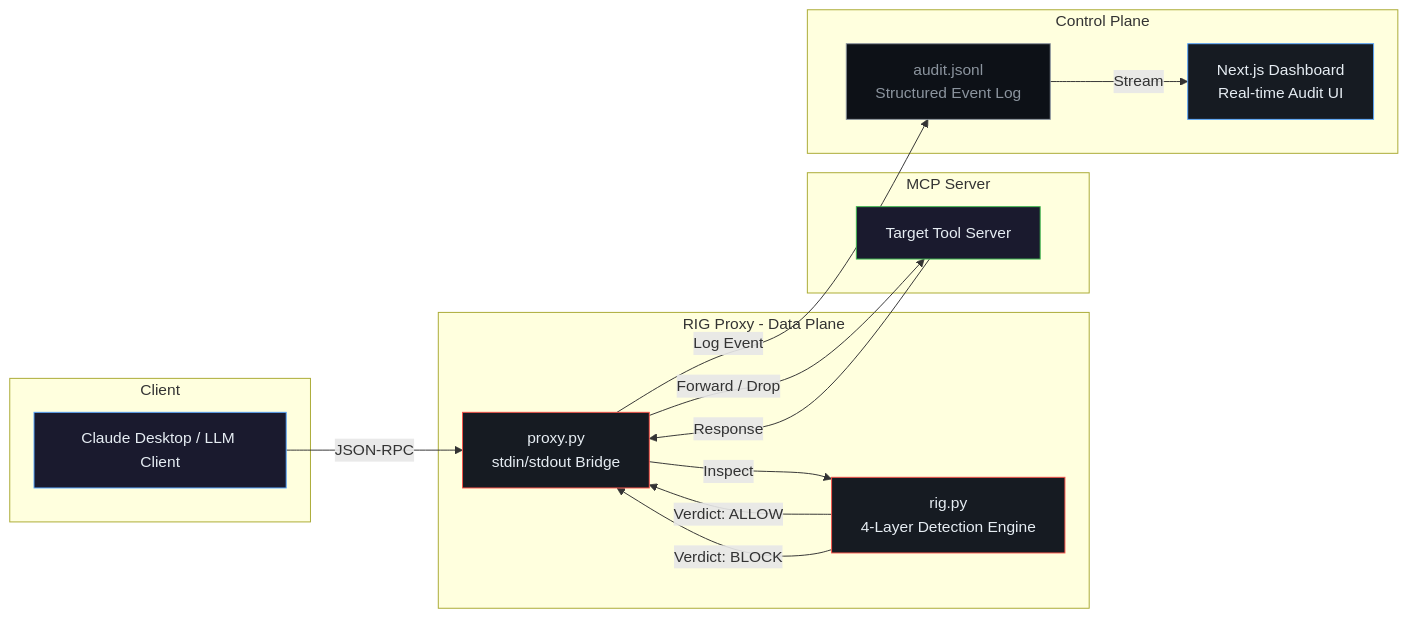
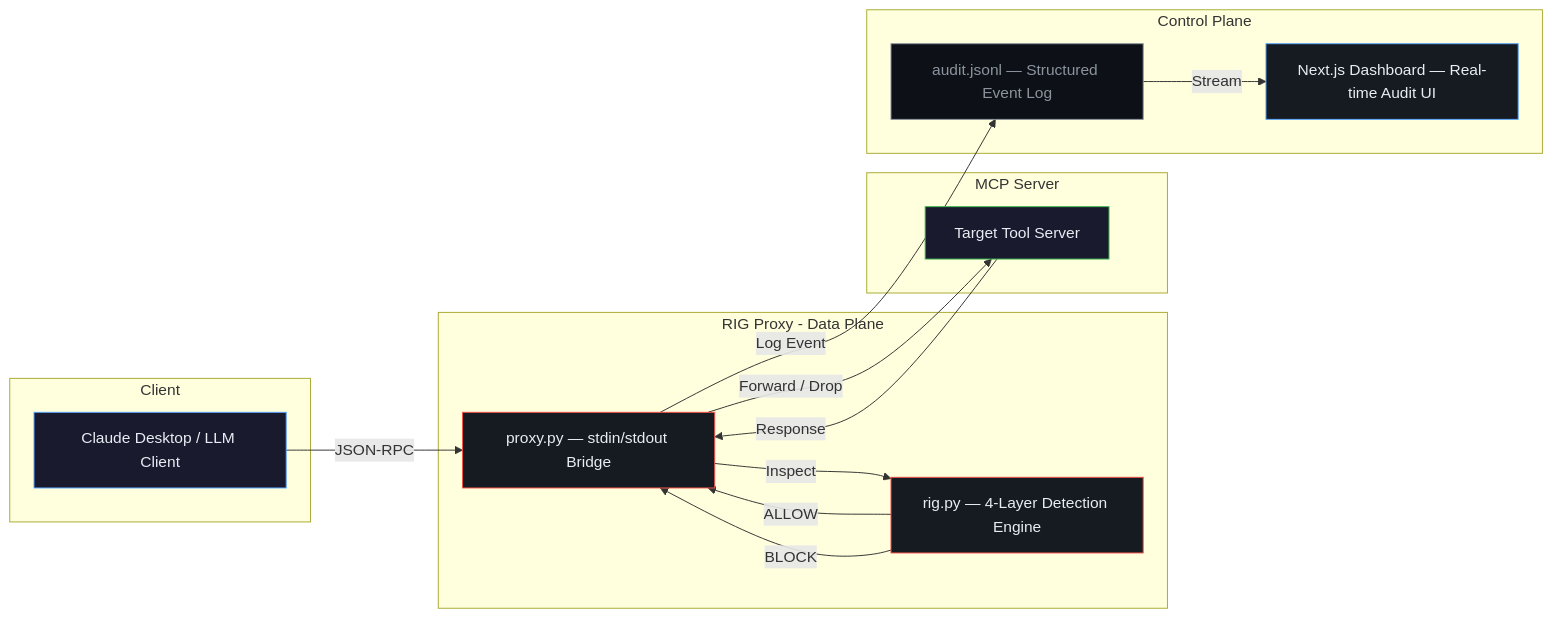
The diagram in README.md (pranav-8526/runtime-integrity-guard), drawn with Mermaid before and after one commit. The commit also changed 3 other files, not shown here.

Commit message:
fix: Remove standalone output for Vercel compat, fix Mermaid syntax, add demo data fallback

````diff
--- a/README.md
+++ b/README.md
@@ -33,36 +33,36 @@
 ```mermaid
 graph LR
     subgraph Client
-        A[Claude Desktop / LLM Client]
+        A["Claude Desktop / LLM Client"]
     end
 
-    subgraph RIG Proxy - Data Plane
-        B[proxy.py<br/>stdin/stdout Bridge]
-        C[rig.py<br/>4-Layer Detection Engine]
+    subgraph RIG["RIG Proxy - Data Plane"]
+        B["proxy.py — stdin/stdout Bridge"]
+        C["rig.py — 4-Layer Detection Engine"]
     end
 
-    subgraph MCP Server
-        D[Target Tool Server]
+    subgraph MCP["MCP Server"]
+        D["Target Tool Server"]
     end
 
-    subgraph Control Plane
-        E[Next.js Dashboard<br/>Real-time Audit UI]
-        F[audit.jsonl<br/>Structured Event Log]
+    subgraph Control["Control Plane"]
+        E["Next.js Dashboard — Real-time Audit UI"]
+        F["audit.jsonl — Structured Event Log"]
     end
 
-    A -- JSON-RPC --> B
-    B -- Inspect --> C
-    C -- Verdict: ALLOW --> B
-    C -- Verdict: BLOCK --> B
-    B -- Forward / Drop --> D
-    D -- Response --> B
-    B -- Log Event --> F
-    F -- Stream --> E
+    A -- "JSON-RPC" --> B
+    B -- "Inspect" --> C
+    C -- "ALLOW" --> B
+    C -- "BLOCK" --> B
+    B -- "Forward / Drop" --> D
+    D -- "Response" --> B
+    B -- "Log Event" --> F
+    F -- "Stream" --> E
 
     style A fill:#1a1a2e,stroke:#58a6ff,color:#e6edf3
     style B fill:#161b22,stroke:#f85149,color:#e6edf3
     style C fill:#161b22,stroke:#f85149,color:#e6edf3
     style D fill:#1a1a2e,stroke:#3fb950,color:#e6edf3
     style E fill:#161b22,stroke:#58a6ff,color:#e6edf3
     style F fill:#0d1117,stroke:#8b949e,color:#8b949e
 ```
````
